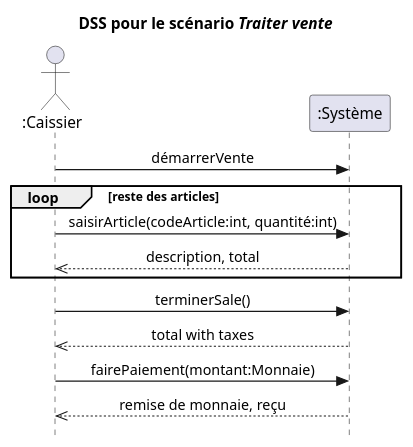
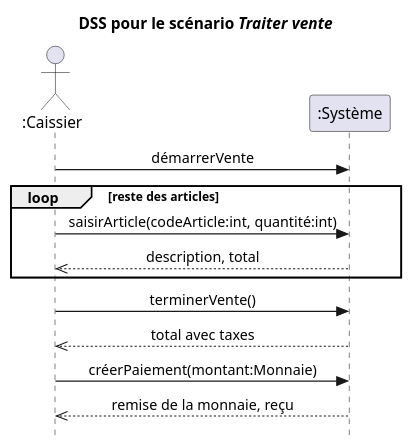
Before and after one commit to fuhrmanator/log210-ndc-quarto: the first of 2 diagrams in Annexe_Cas_utilisation_Traiter_vente.qmd, drawn with PlantUML.

Commit message:
Annexe B

````diff
--- a/Annexe_Cas_utilisation_Traiter_vente.qmd
+++ b/Annexe_Cas_utilisation_Traiter_vente.qmd
@@ -7,19 +7,19 @@
 ```{.plantuml caption="DSS pour le scénario Traiter une vente de @craig_uml_2005."}
 @startuml
 skinparam style strictuml
 skinparam SequenceMessageAlign center
 skinparam backgroundcolor transparent
 title DSS pour le scénario <i>Traiter vente</i>
 actor ":Caissier" as c
 participant ":Système" as s
 c->s : démarrerVente
 loop reste des articles
  c->s : saisirArticle(codeArticle:int, quantité:int)
  c<<--s : description, total
 end loop
-c->s : terminerSale()
-c<<--s : total with taxes
-c->s : fairePaiement(montant:Monnaie)
-c<<--s : remise de monnaie, reçu
+c->s : terminerVente()
+c<<--s : total avec taxes
+c->s : créerPaiement(montant:Monnaie)
+c<<--s : remise de la monnaie, reçu
 @enduml
 ```
````
